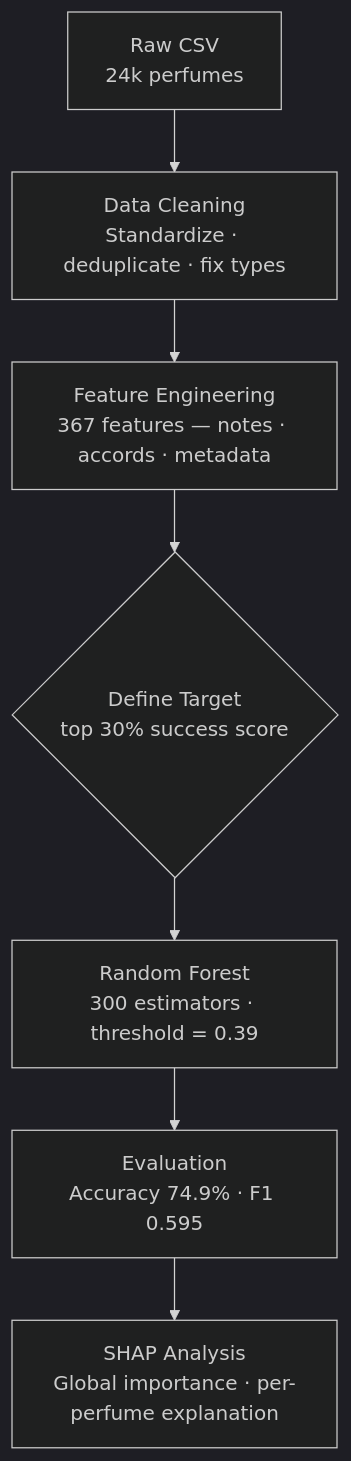
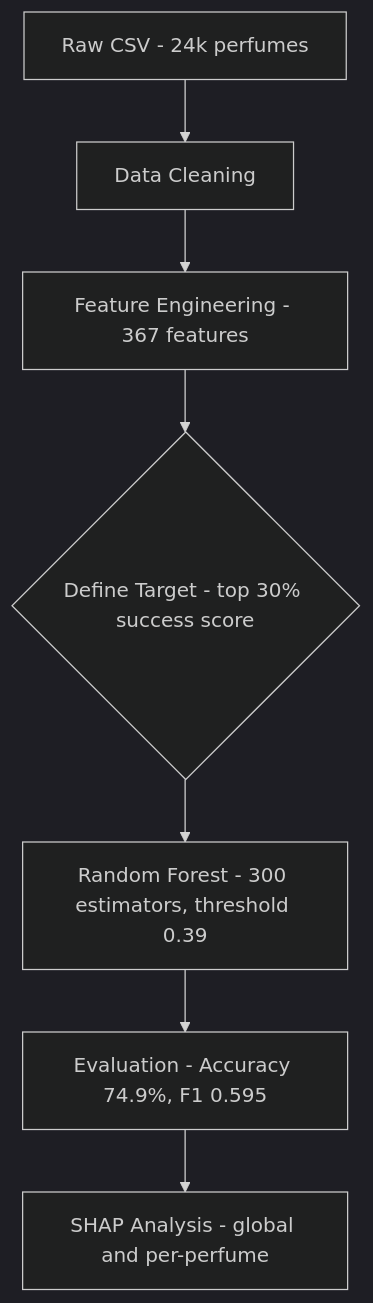
Before and after one commit to sworaj42/olfactory-intelligence: the diagram in README.md, drawn with Mermaid (dark theme). The commit also changed other lines of this file, not shown here.

Commit message:
zRead ME

````diff
--- a/README.md
+++ b/README.md
@@ -67,9 +67,9 @@
 ```mermaid
 flowchart TD
-    A[Raw CSV\n24k perfumes] --> B[Data Cleaning\nStandardize · deduplicate · fix types]
-    B --> C[Feature Engineering\n367 features — notes · accords · metadata]
-    C --> D{Define Target\ntop 30% success score}
-    D --> E[Random Forest\n300 estimators · threshold = 0.39]
-    E --> F[Evaluation\nAccuracy 74.9% · F1 0.595]
-    F --> G[SHAP Analysis\nGlobal importance · per-perfume explanation]
+    A[Raw CSV - 24k perfumes] --> B[Data Cleaning]
+    B --> C[Feature Engineering - 367 features]
+    C --> D{Define Target - top 30% success score}
+    D --> E[Random Forest - 300 estimators, threshold 0.39]
+    E --> F[Evaluation - Accuracy 74.9%, F1 0.595]
+    F --> G[SHAP Analysis - global and per-perfume]
 ```
````
